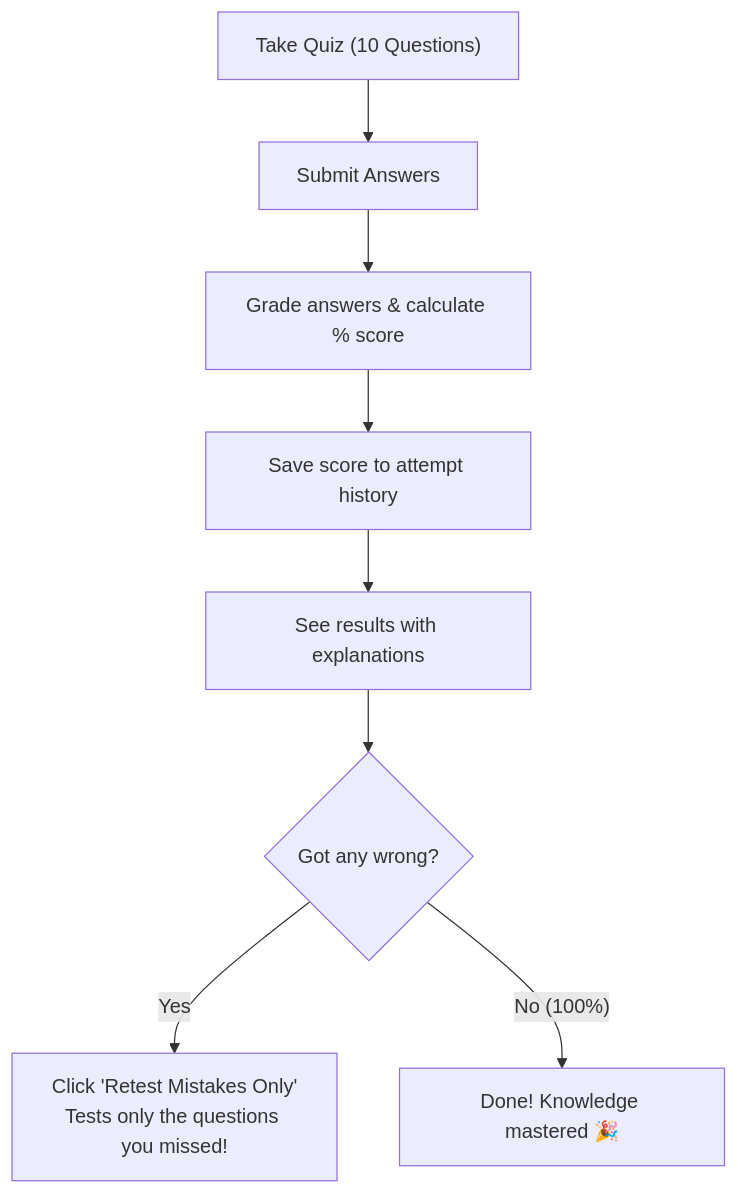
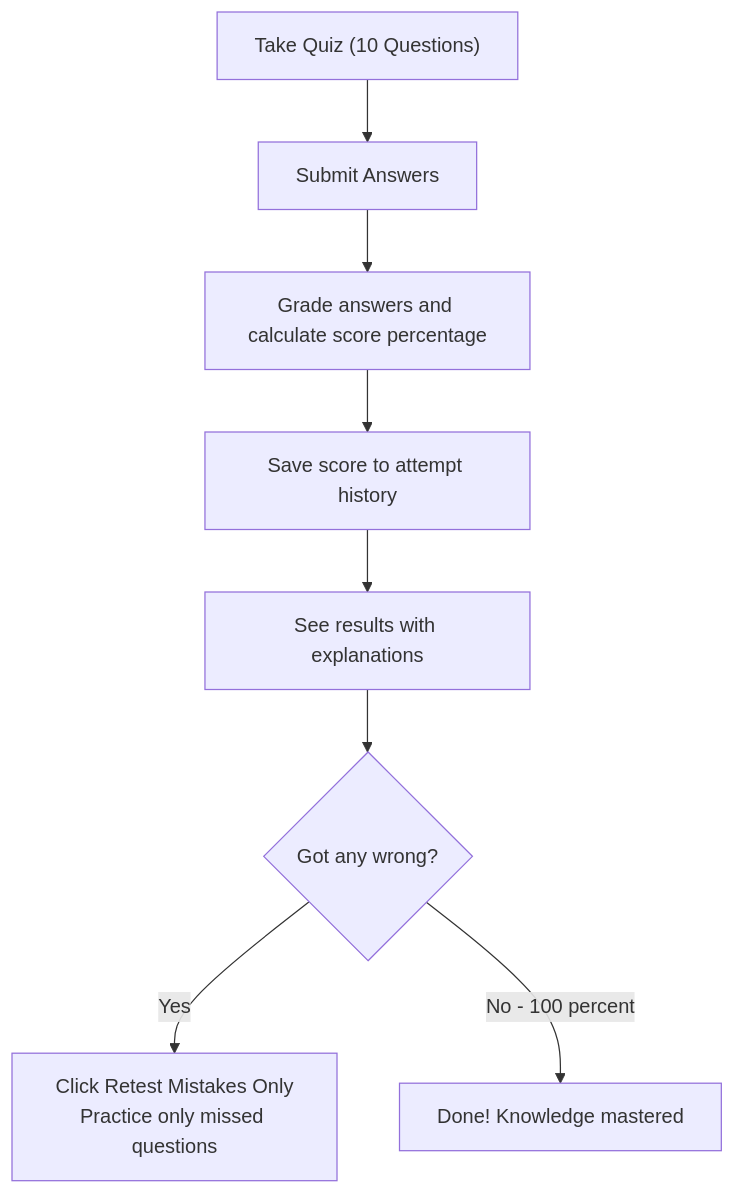
One commit to Binit08/study_planner changed the fourth of 4 diagrams in README.md. Above: the diagram before and after it, drawn with Mermaid. The commit also changed other lines of this file and 4 other files, not shown here.

Commit message:
fix diagrams in readme

````diff
--- a/README.md
+++ b/README.md
@@ -89,10 +95,10 @@
 ```mermaid
 flowchart TD
     Start["Take Quiz (10 Questions)"] --> Submit["Submit Answers"]
-    Submit --> Grade["Grade answers & calculate % score"]
+    Submit --> Grade["Grade answers and calculate score percentage"]
     Grade --> SaveAttempt["Save score to attempt history"]
     SaveAttempt --> Review["See results with explanations"]
     Review --> Choice{"Got any wrong?"}
-    Choice -- "Yes" --> Retest["Click 'Retest Mistakes Only'<br/>Tests only the questions you missed!"]
-    Choice -- "No (100%)" --> Done["Done! Knowledge mastered 🎉"]
+    Choice -->|Yes| Retest["Click Retest Mistakes Only<br>Practice only missed questions"]
+    Choice -->|No - 100 percent| Done["Done! Knowledge mastered"]
 ```
````
